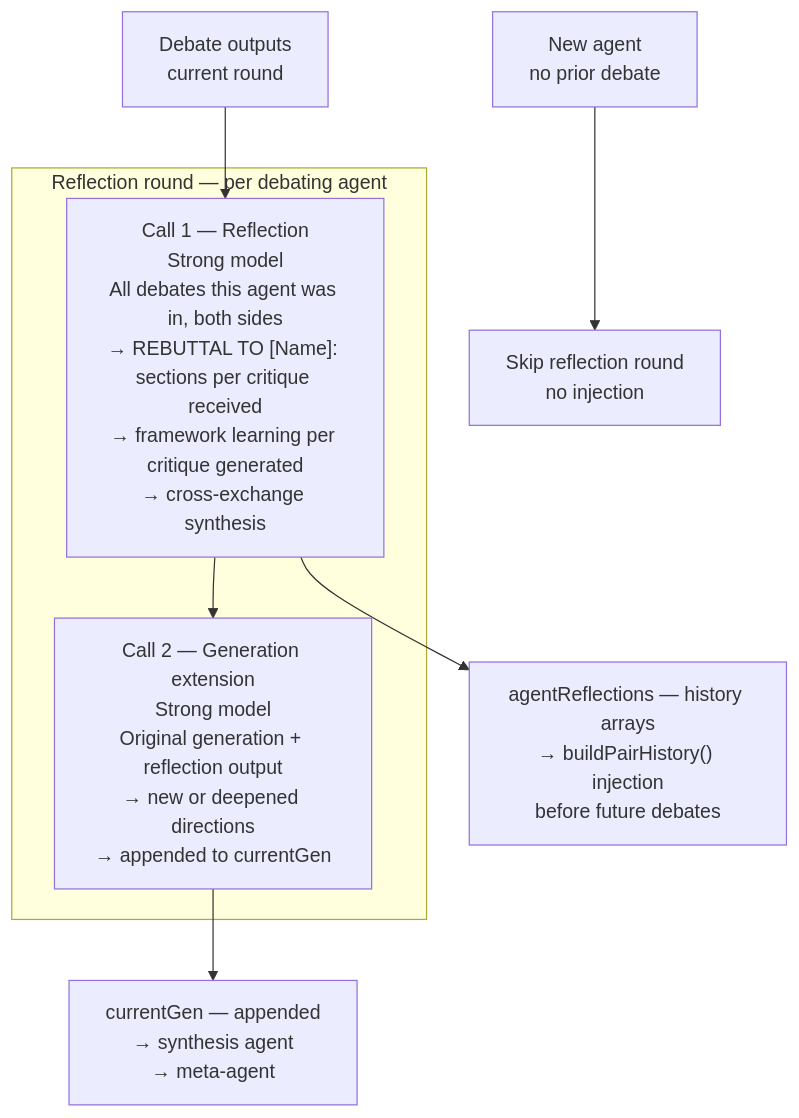
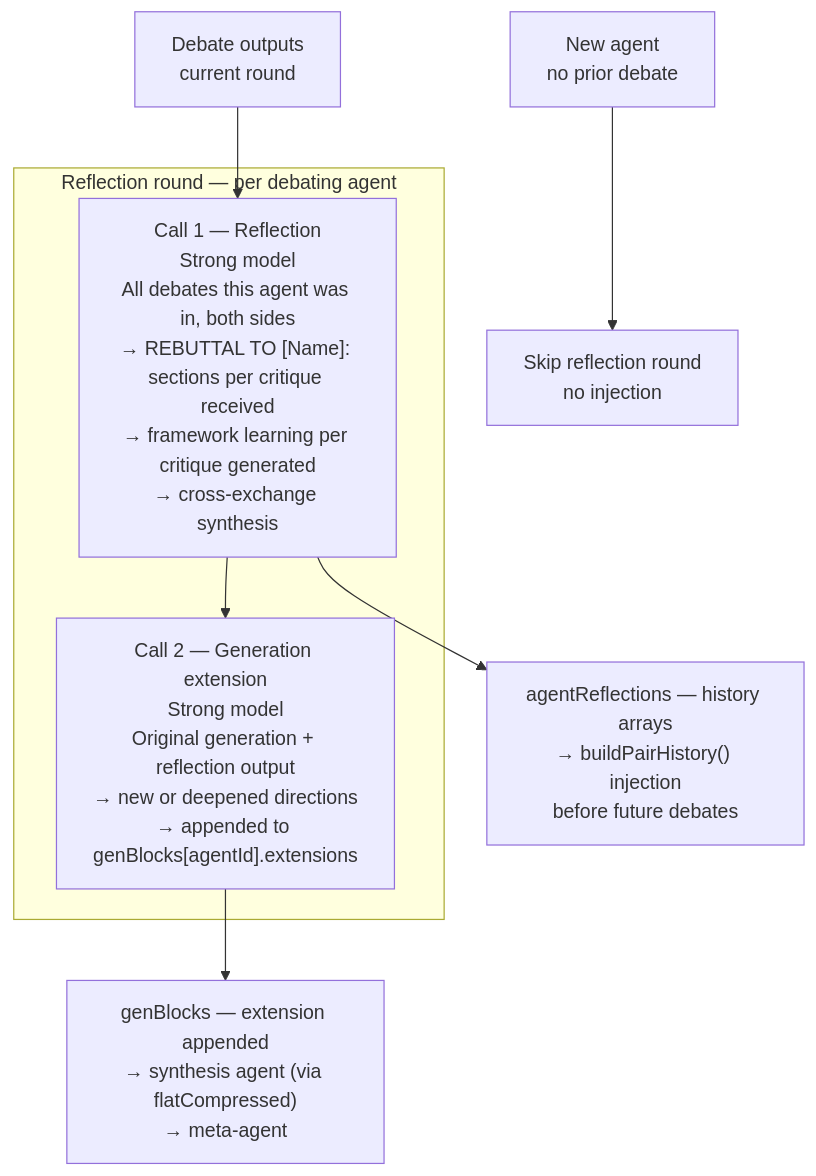
One commit to DBoocock/research-swarm changed the sixth of 6 diagrams in docs/METHODOLOGY.md. Above: the diagram before and after it, drawn with Mermaid. The commit also changed other lines of this file and 3 other files, not shown here.

````diff
--- a/docs/METHODOLOGY.md
+++ b/docs/METHODOLOGY.md
@@ -513,12 +520,12 @@
 ```mermaid
 flowchart TD
     subgraph "Reflection round — per debating agent"
         C1["Call 1 — Reflection\nStrong model\nAll debates this agent was in, both sides\n→ REBUTTAL TO [Name]: sections per critique received\n→ framework learning per critique generated\n→ cross-exchange synthesis"]
-        C2["Call 2 — Generation extension\nStrong model\nOriginal generation + reflection output\n→ new or deepened directions\n→ appended to currentGen"]
+        C2["Call 2 — Generation extension\nStrong model\nOriginal generation + reflection output\n→ new or deepened directions\n→ appended to genBlocks[agentId].extensions"]
         C1 --> C2
     end
     D["Debate outputs\ncurrent round"] --> C1
-    C2 --> GEN["currentGen — appended\n→ synthesis agent\n→ meta-agent"]
+    C2 --> GEN["genBlocks — extension appended\n→ synthesis agent (via flatCompressed)\n→ meta-agent"]
     C1 --> REF["agentReflections — history arrays\n→ buildPairHistory() injection\nbefore future debates"]
     NA["New agent\nno prior debate"] --> SKIP["Skip reflection round\nno injection"]
 ```
````
